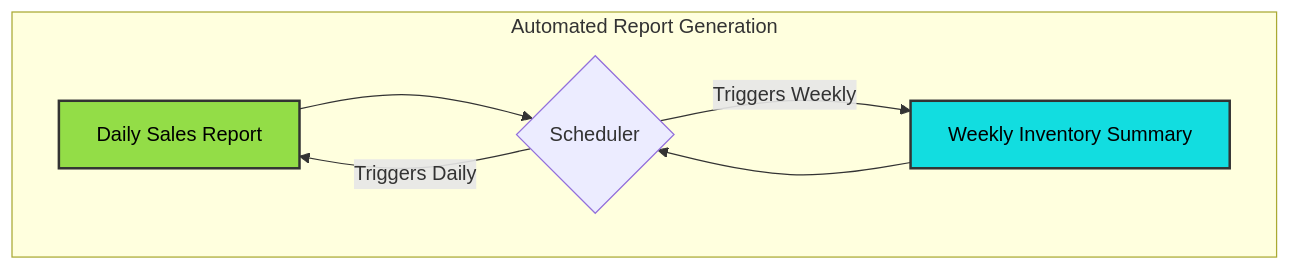
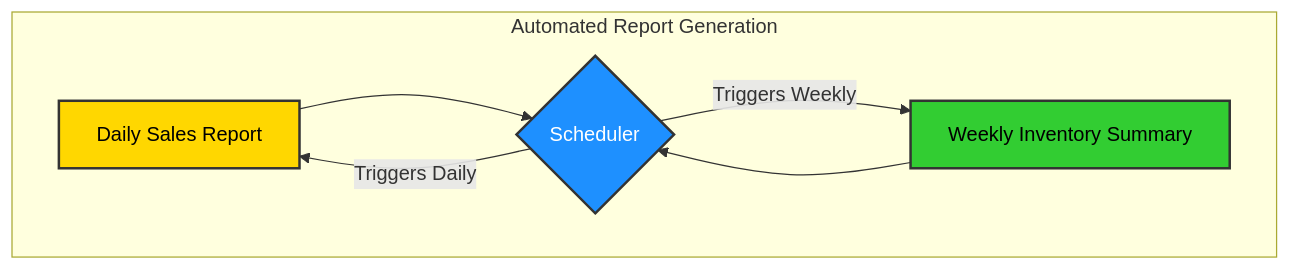
One commit to ikko/sym changed the fourth of 4 diagrams in docs/readme_details/7_scheduling/index.md. Above: the diagram before and after it, drawn with Mermaid. The commit also changed other lines of this file and 15 other files, not shown here.

Commit message:
inbetween cleaning examples and recolor mermaids

````diff
--- a/docs/readme_details/7_scheduling/index.md
+++ b/docs/readme_details/7_scheduling/index.md
@@ -119,13 +144,12 @@
 ```mermaid
 graph TD
     subgraph "Automated Report Generation"
         A[Daily Sales Report] --> B{Scheduler};
         B -- "Triggers Daily" --> A;
         C[Weekly Inventory Summary] --> B;
         B -- "Triggers Weekly" --> C;
     end
-    style C fill:lighten&#40#12dde0, 30%&#41,stroke:#333,stroke-width:2px,color:#000000;
-
-    style A fill:#93dd47,stroke:#333,stroke-width:2px,color:#000000;
-    style C fill:#12dde0,stroke:#333,stroke-width:2px,color:#000000;
+    style A fill:#FFD700,stroke:#333,stroke-width:2px,color:#000000;
+    style B fill:#1E90FF,stroke:#333,stroke-width:2px,color:#FFFFFF;
+    style C fill:#32CD32,stroke:#333,stroke-width:2px,color:#000000;
 ```
````
